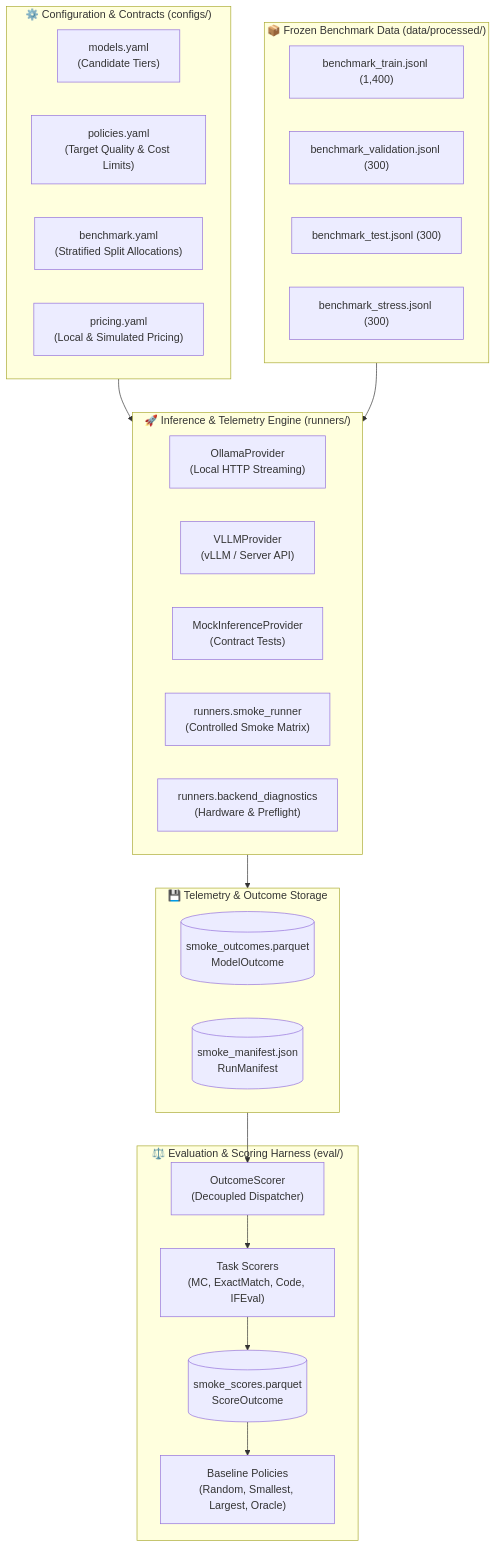
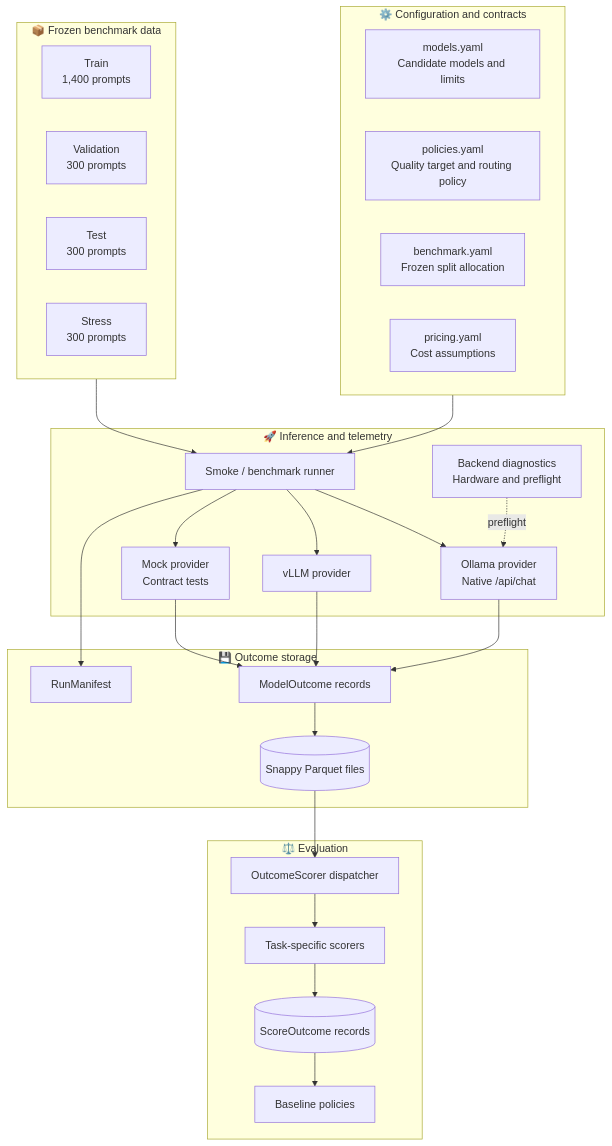
Before and after one commit to vVIBHORj/cost-aware-LLM-router: the first of 11 diagrams in README.md, drawn with Mermaid. The commit also changed other lines of this file and 5 other files, not shown here.

Commit message:
Phase 4H: Pre-matrix readiness audit, MC scorer hardening, and 4B diagnostic

````diff
--- a/README.md
+++ b/README.md
@@ -65,43 +92,53 @@
 ```mermaid
-flowchart TD
-    subgraph CFG["⚙️ Configuration & Contracts (configs/)"]
-        M["models.yaml<br/>(Candidate Tiers)"]
-        P["policies.yaml<br/>(Target Quality & Cost Limits)"]
-        B["benchmark.yaml<br/>(Stratified Split Allocations)"]
-        PR["pricing.yaml<br/>(Local & Simulated Pricing)"]
+flowchart TB
+    subgraph CONFIG["⚙️ Configuration and contracts"]
+        M["models.yaml<br/>Candidate models and limits"]
+        P["policies.yaml<br/>Quality target and routing policy"]
+        B["benchmark.yaml<br/>Frozen split allocation"]
+        PR["pricing.yaml<br/>Cost assumptions"]
     end
 
-    subgraph DATA["📦 Frozen Benchmark Data (data/processed/)"]
-        BT["benchmark_train.jsonl (1,400)"]
-        BV["benchmark_validation.jsonl (300)"]
-        BTE["benchmark_test.jsonl (300)"]
-        BS["benchmark_stress.jsonl (300)"]
+    subgraph DATA["📦 Frozen benchmark data"]
+        TR["Train<br/>1,400 prompts"]
+        VA["Validation<br/>300 prompts"]
+        TE["Test<br/>300 prompts"]
+        ST["Stress<br/>300 prompts"]
     end
 
-    subgraph INFRA["🚀 Inference & Telemetry Engine (runners/)"]
-        OP["OllamaProvider<br/>(Local HTTP Streaming)"]
-        VP["VLLMProvider<br/>(vLLM / Server API)"]
-        MP["MockInferenceProvider<br/>(Contract Tests)"]
-        SM["runners.smoke_runner<br/>(Controlled Smoke Matrix)"]
-        BD["runners.backend_diagnostics<br/>(Hardware & Preflight)"]
+    subgraph INFERENCE["🚀 Inference and telemetry"]
+        RUN["Smoke / benchmark runner"]
+        OLL["Ollama provider<br/>Native /api/chat"]
+        VLLM["vLLM provider"]
+        MOCK["Mock provider<br/>Contract tests"]
+        HW["Backend diagnostics<br/>Hardware and preflight"]
     end
 
-    subgraph OUT["💾 Telemetry & Outcome Storage"]
-        MO[("smoke_outcomes.parquet<br/>ModelOutcome")]
-        RM[("smoke_manifest.json<br/>RunManifest")]
+    subgraph STORAGE["💾 Outcome storage"]
+        OUT["ModelOutcome records"]
+        MAN["RunManifest"]
+        PARQ[("Snappy Parquet files")]
     end
 
-    subgraph EVAL["⚖️ Evaluation & Scoring Harness (eval/)"]
-        OS["OutcomeScorer<br/>(Decoupled Dispatcher)"]
-        SC["Task Scorers<br/>(MC, ExactMatch, Code, IFEval)"]
-        BL["Baseline Policies<br/>(Random, Smallest, Largest, Oracle)"]
-        SCO[("smoke_scores.parquet<br/>ScoreOutcome")]
+    subgraph EVAL["⚖️ Evaluation"]
+        DIS["OutcomeScorer dispatcher"]
+        TASK["Task-specific scorers"]
+        BASE["Baseline policies"]
+        SCORE[("ScoreOutcome records")]
     end
 
-    CFG --> INFRA
-    DATA --> INFRA
-    INFRA --> OUT
-    OUT --> OS
-    OS --> SC --> SCO
-    SCO --> BL
+    CONFIG --> RUN
+    DATA --> RUN
+    RUN --> OLL
+    RUN --> VLLM
+    RUN --> MOCK
+    HW -. preflight .-> OLL
+    OLL --> OUT
+    VLLM --> OUT
+    MOCK --> OUT
+    OUT --> PARQ
+    RUN --> MAN
+    PARQ --> DIS
+    DIS --> TASK
+    TASK --> SCORE
+    SCORE --> BASE
 ```
````
